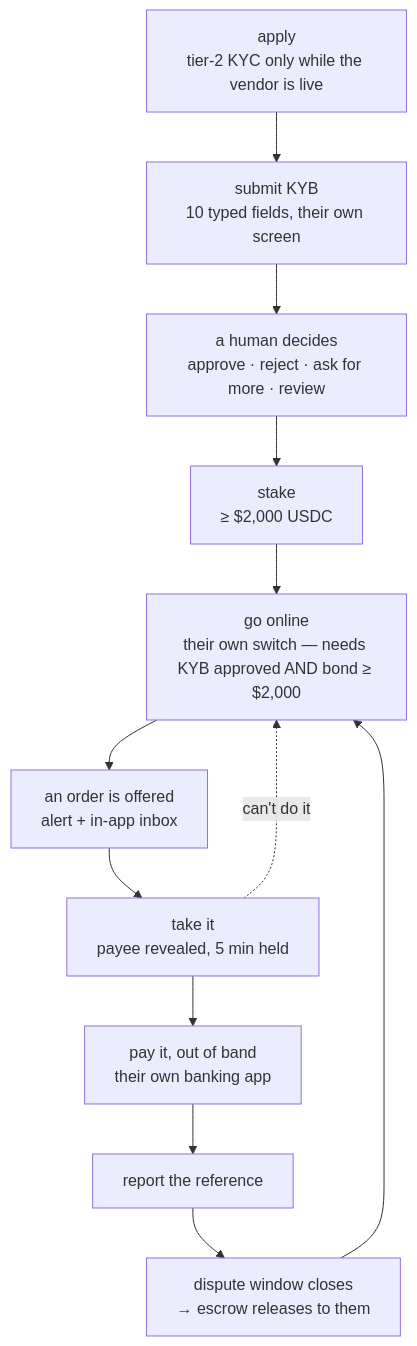
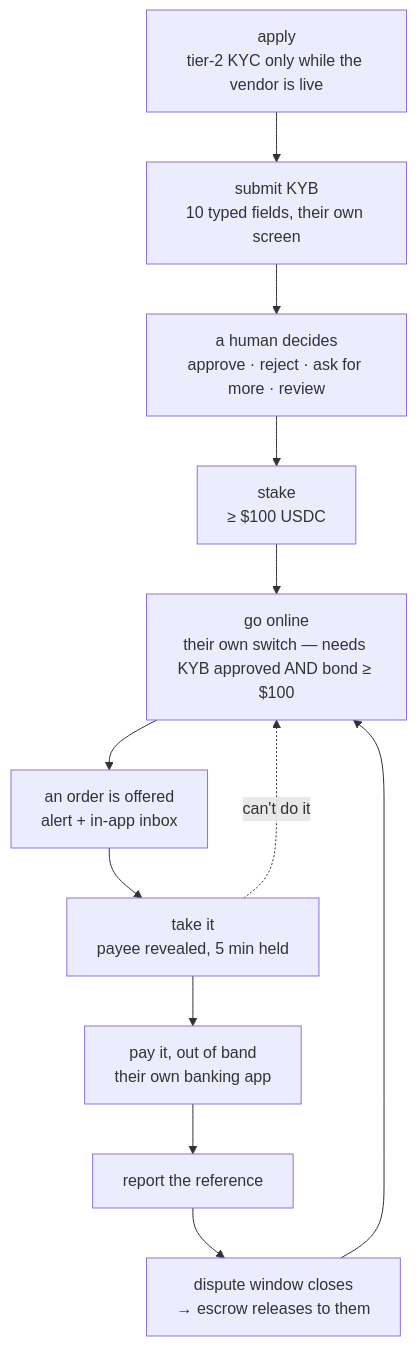
Before and after one commit to unabrijed/frenspay: the diagram in monorepo/docs/11-lp-console.md, drawn with Mermaid. The commit also changed other lines of this file and 3 other files, not shown here.

````diff
--- a/monorepo/docs/11-lp-console.md
+++ b/monorepo/docs/11-lp-console.md
@@ -51,14 +51,14 @@
 ```mermaid
 flowchart TB
     A["apply<br/>tier-2 KYC only while the vendor is live"] --> B["submit KYB<br/>10 typed fields, their own screen"]
     B --> B2["a human decides<br/>approve · reject · ask for more · review"]
-    B2 --> C["stake<br/>≥ $2,000 USDC"]
-    C --> D["go online<br/>their own switch — needs KYB approved AND bond ≥ $2,000"]
+    B2 --> C["stake<br/>≥ $100 USDC"]
+    C --> D["go online<br/>their own switch — needs KYB approved AND bond ≥ $100"]
     D --> E["an order is offered<br/>alert + in-app inbox"]
     E --> F["take it<br/>payee revealed, 5 min held"]
     F --> G["pay it, out of band<br/>their own banking app"]
     G --> H["report the reference"]
     H --> I["dispute window closes<br/>→ escrow releases to them"]
     I --> D
     F -. "can't do it" .-> D
 ```
````
